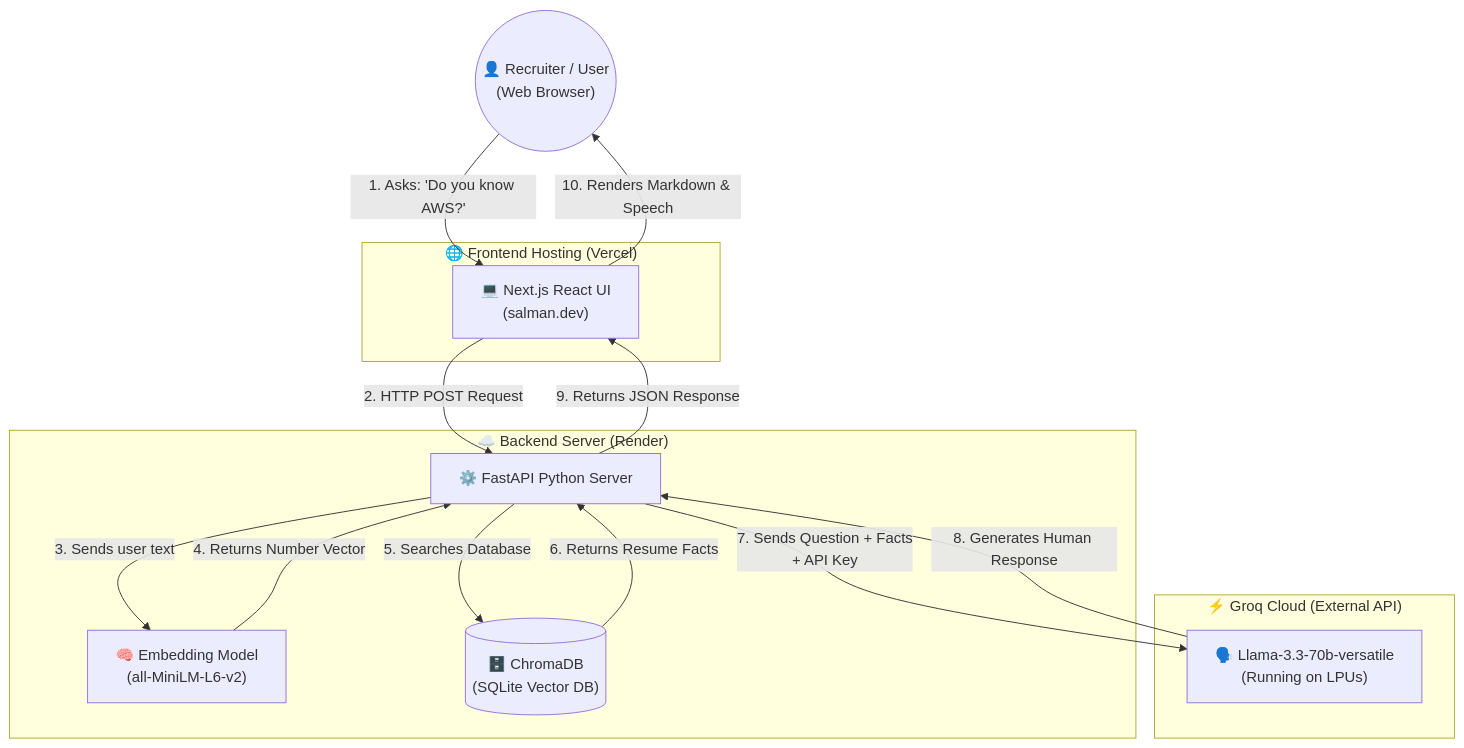
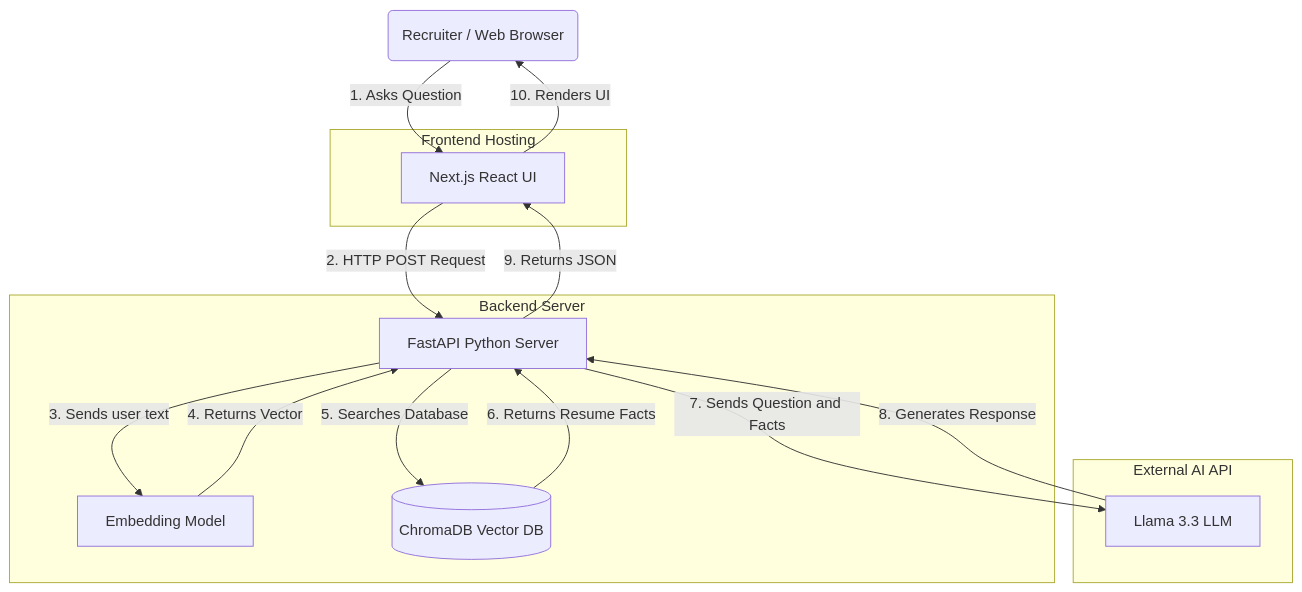
The diagram in README.md (msalmansaeedch786/digital-twin), drawn with Mermaid before and after one commit.

Commit message:
Simplify mermaid syntax for GitHub compatibility

````diff
--- a/README.md
+++ b/README.md
@@ -55,31 +55,29 @@
 ```mermaid
 flowchart TD
-    %% Components
-    User(("👤 Recruiter / User<br/>(Web Browser)"))
+    User(Recruiter / Web Browser)
     
-    subgraph Vercel ["🌐 Frontend Hosting (Vercel)"]
-        UI["💻 Next.js React UI<br/>(salman.dev)"]
+    subgraph Vercel [Frontend Hosting]
+        UI[Next.js React UI]
     end
     
-    subgraph Render ["☁️ Backend Server (Render)"]
-        API["⚙️ FastAPI Python Server"]
-        EmbedModel["🧠 Embedding Model<br/>(all-MiniLM-L6-v2)"]
-        DB[("🗄️ ChromaDB<br/>(SQLite Vector DB)")]
+    subgraph Render [Backend Server]
+        API[FastAPI Python Server]
+        EmbedModel[Embedding Model]
+        DB[(ChromaDB Vector DB)]
     end
     
-    subgraph GroqCloud ["⚡ Groq Cloud (External API)"]
-        LLM["🗣️ Llama-3.3-70b-versatile<br/>(Running on LPUs)"]
+    subgraph GroqCloud [External AI API]
+        LLM[Llama 3.3 LLM]
     end
 
-    %% Workflow Steps
-    User -- "1. Asks: 'Do you know AWS?'" --> UI
-    UI -- "2. HTTP POST Request" --> API
-    API -- "3. Sends user text" --> EmbedModel
-    EmbedModel -- "4. Returns Number Vector" --> API
-    API -- "5. Searches Database" --> DB
-    DB -- "6. Returns Resume Facts" --> API
-    API -- "7. Sends Question + Facts<br/>+ API Key" --> LLM
-    LLM -- "8. Generates Human Response" --> API
-    API -- "9. Returns JSON Response" --> UI
-    UI -- "10. Renders Markdown & Speech" --> User
+    User -->|1. Asks Question| UI
+    UI -->|2. HTTP POST Request| API
+    API -->|3. Sends user text| EmbedModel
+    EmbedModel -->|4. Returns Vector| API
+    API -->|5. Searches Database| DB
+    DB -->|6. Returns Resume Facts| API
+    API -->|7. Sends Question and Facts| LLM
+    LLM -->|8. Generates Response| API
+    API -->|9. Returns JSON| UI
+    UI -->|10. Renders UI| User
 ```
````
